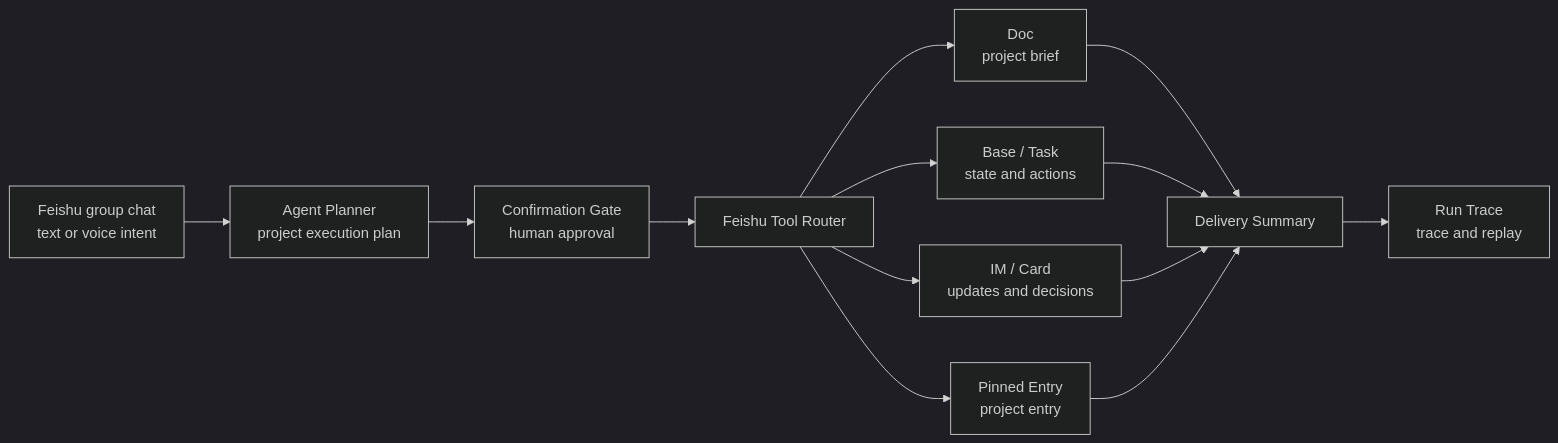
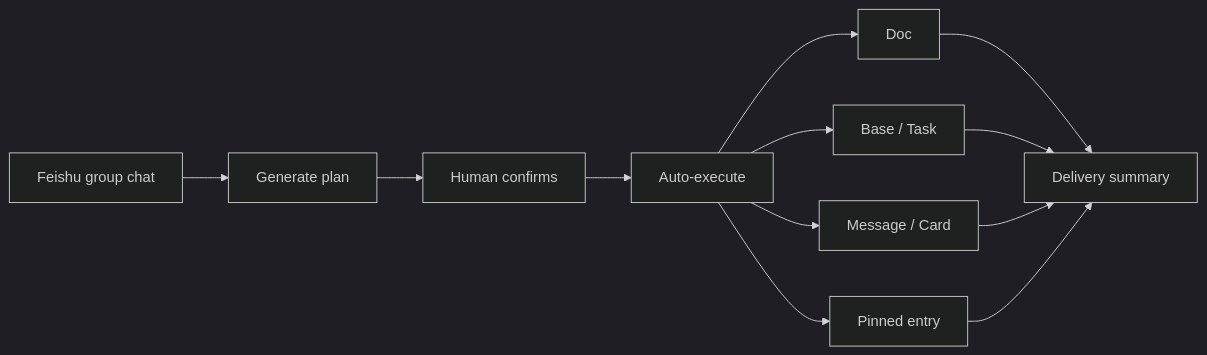
The first of 2 diagrams in README_EN.md (DeliciousBuding/pilot-flow), drawn with Mermaid (dark theme) before and after one commit. The commit also changed other lines of this file and 1 other file, not shown here.

First line of the commit message:
docs: remove GPT writing style and replace journey diagram

````diff
--- a/README_EN.md
+++ b/README_EN.md
@@ -80,15 +49,14 @@
 ```mermaid
 flowchart LR
-    A["Feishu group chat<br/>text or voice intent"] --> B["Agent Planner<br/>project execution plan"]
-    B --> C["Confirmation Gate<br/>human approval"]
-    C --> D["Feishu Tool Router"]
-    D --> E["Doc<br/>project brief"]
-    D --> F["Base / Task<br/>state and actions"]
-    D --> G["IM / Card<br/>updates and decisions"]
-    D --> H["Pinned Entry<br/>project entry"]
-    E --> I["Delivery Summary"]
+    A["Feishu group chat"] --> B["Generate plan"]
+    B --> C["Human confirms"]
+    C --> D["Auto-execute"]
+    D --> E["Doc"]
+    D --> F["Base / Task"]
+    D --> G["Message / Card"]
+    D --> H["Pinned entry"]
+    E --> I["Delivery summary"]
     F --> I
     G --> I
     H --> I
-    I --> J["Run Trace<br/>trace and replay"]
 ```
````
